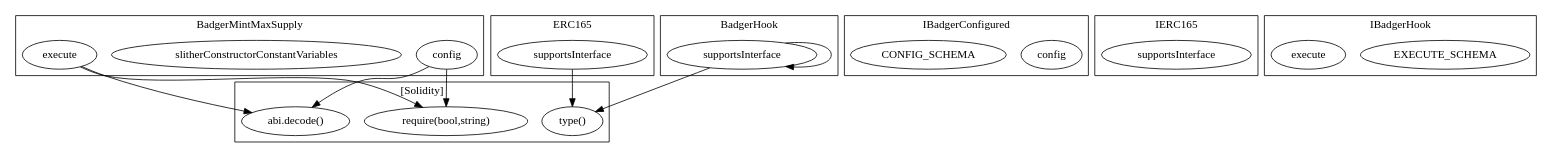
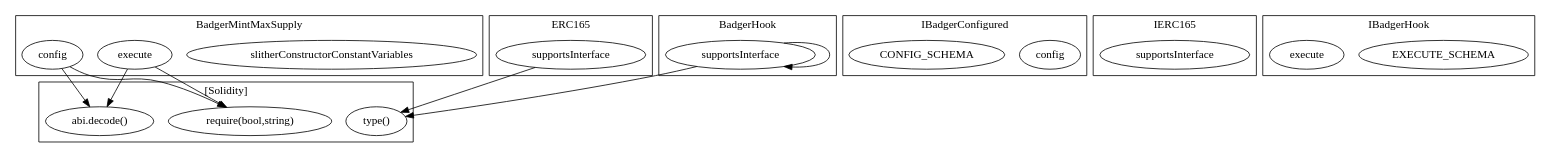
Before and after one commit to FlipsideCrypto/badger: the diagram in contracts/build/...BadgerMintMaxSupply.call-graph.dot, drawn with Graphviz. The commit also changed other lines of this file and 23 other files, not shown here.

```diff
--- a/contracts/build/...BadgerMintMaxSupply.call-graph.dot
+++ b/contracts/build/...BadgerMintMaxSupply.call-graph.dot
@@ -1,37 +1,37 @@
 strict digraph {
 subgraph cluster_5788_BadgerMintMaxSupply {
 label = "BadgerMintMaxSupply"
-"5788_config" [label="config"]
 "5788_slitherConstructorConstantVariables" [label="slitherConstructorConstantVariables"]
 "5788_execute" [label="execute"]
+"5788_config" [label="config"]
 }subgraph cluster_6468_IBadgerConfigured {
 label = "IBadgerConfigured"
 "6468_config" [label="config"]
 "6468_CONFIG_SCHEMA" [label="CONFIG_SCHEMA"]
 }subgraph cluster_3081_ERC165 {
 label = "ERC165"
 "3081_supportsInterface" [label="supportsInterface"]
 }subgraph cluster_3093_IERC165 {
 label = "IERC165"
 "3093_supportsInterface" [label="supportsInterface"]
 }subgraph cluster_6488_IBadgerHook {
 label = "IBadgerHook"
 "6488_EXECUTE_SCHEMA" [label="EXECUTE_SCHEMA"]
 "6488_execute" [label="execute"]
 }subgraph cluster_4956_BadgerHook {
 label = "BadgerHook"
 "4956_supportsInterface" [label="supportsInterface"]
 "4956_supportsInterface" -> "4956_supportsInterface"
 }subgraph cluster_solidity {
 label = "[Solidity]"
+"type()" 
 "require(bool,string)" 
 "abi.decode()" 
-"type()" 
-"5788_execute" -> "abi.decode()"
-"4956_supportsInterface" -> "type()"
 "3081_supportsInterface" -> "type()"
-"5788_config" -> "abi.decode()"
 "5788_execute" -> "require(bool,string)"
 "5788_config" -> "require(bool,string)"
+"4956_supportsInterface" -> "type()"
+"5788_execute" -> "abi.decode()"
+"5788_config" -> "abi.decode()"
 }
 }
```
